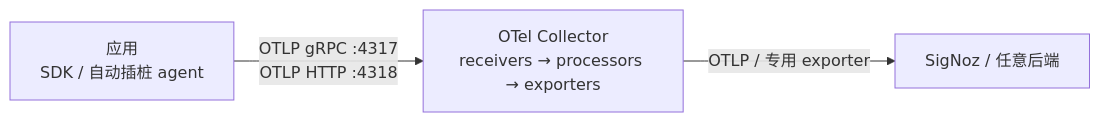
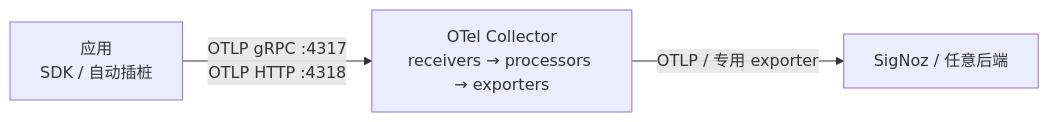
One commit to songli0103/notes changed the first of 4 diagrams in 10-云原生/02-平台组件/04-SigNoz/SigNoz.md. Above: the diagram before and after it, drawn with Mermaid. The commit also changed other lines of this file and 6 other files, not shown here.

````diff
--- a/10-云原生/02-平台组件/04-SigNoz/SigNoz.md
+++ b/10-云原生/02-平台组件/04-SigNoz/SigNoz.md
@@ -43,5 +37,5 @@
 ```mermaid
 flowchart LR
-    APP[应用<br/>SDK / 自动插桩 agent] -->|OTLP gRPC :4317<br/>OTLP HTTP :4318| COL[OTel Collector<br/>receivers → processors → exporters]
+    APP[应用<br/>SDK / 自动插桩] -->|OTLP gRPC :4317<br/>OTLP HTTP :4318| COL[OTel Collector<br/>receivers → processors → exporters]
     COL -->|OTLP / 专用 exporter| BACKEND[SigNoz / 任意后端]
 ```
````
